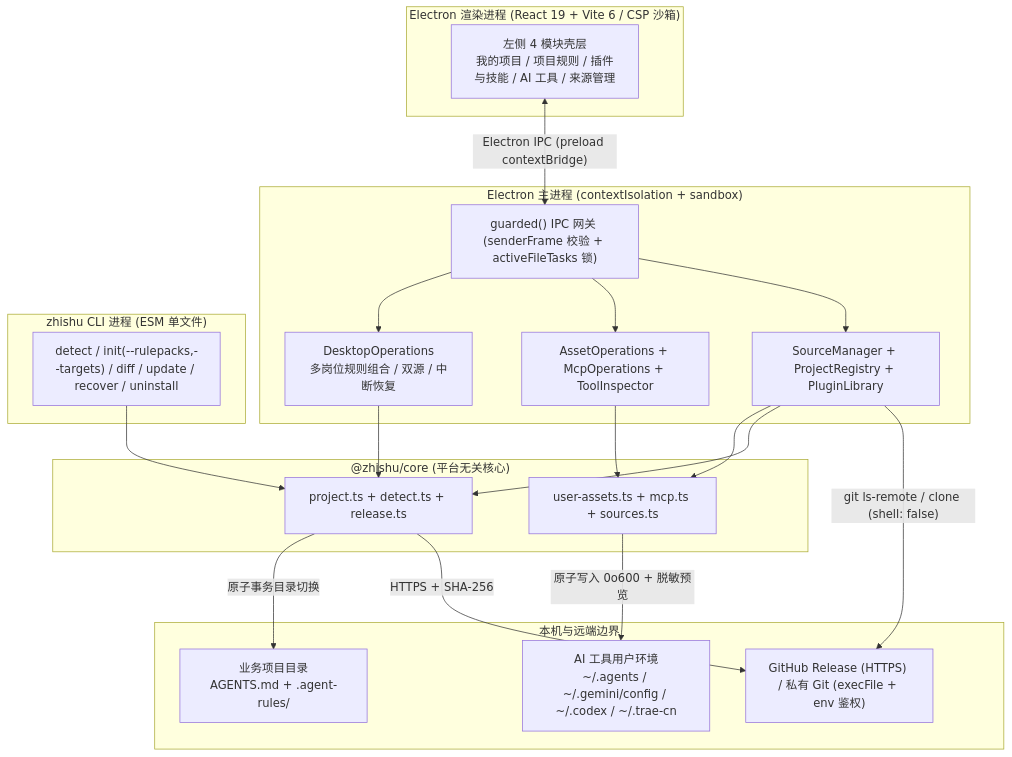
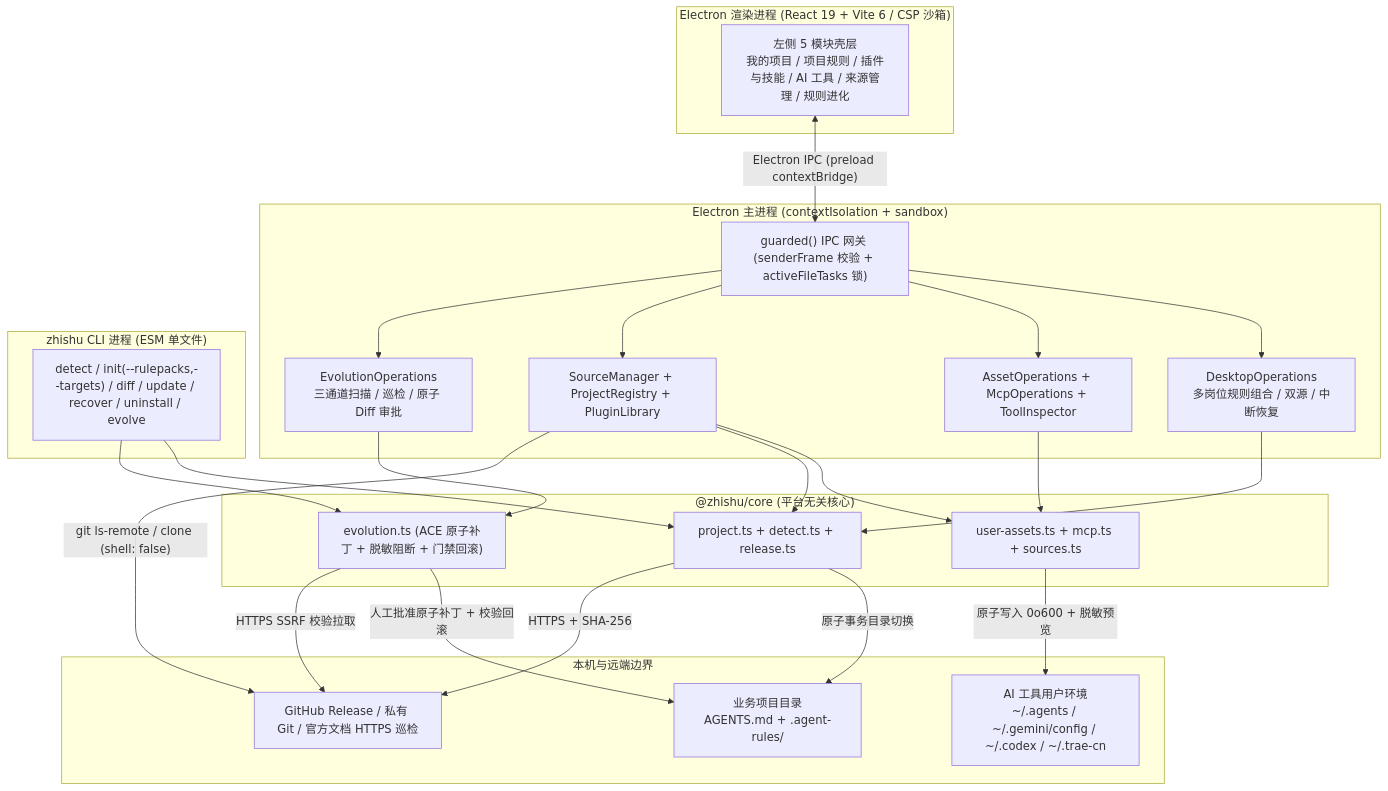
The first of 2 diagrams in 项目文档/技术文档/01-技术总览.md (yadan177/ZhiShu), drawn with Mermaid before and after one commit. The commit also changed other lines of this file and 153 other files, not shown here.

````diff
--- a/项目文档/技术文档/01-技术总览.md
+++ b/项目文档/技术文档/01-技术总览.md
@@ -52,42 +54,49 @@
 ```mermaid
 flowchart TB
     subgraph Renderer["Electron 渲染进程 (React 19 + Vite 6 / CSP 沙箱)"]
-        UI["左侧 4 模块壳层\n我的项目 / 项目规则 / 插件与技能 / AI 工具 / 来源管理"]
+        UI["左侧 5 模块壳层\n我的项目 / 项目规则 / 插件与技能 / AI 工具 / 来源管理 / 规则进化"]
     end
 
     subgraph Main["Electron 主进程 (contextIsolation + sandbox)"]
         IPC["guarded() IPC 网关 (senderFrame 校验 + activeFileTasks 锁)"]
         Ops["DesktopOperations\n多岗位规则组合 / 双源 / 中断恢复"]
         AssetOps["AssetOperations + McpOperations + ToolInspector"]
         SrcMgr["SourceManager + ProjectRegistry + PluginLibrary"]
+        EvoOps["EvolutionOperations\n三通道扫描 / 巡检 / 原子 Diff 审批"]
         IPC --> Ops
         IPC --> AssetOps
         IPC --> SrcMgr
+        IPC --> EvoOps
     end
 
     subgraph CLIProc["zhishu CLI 进程 (ESM 单文件)"]
-        CLI["detect / init(--rulepacks,--targets) / diff / update / recover / uninstall"]
+        CLI["detect / init(--rulepacks,--targets) / diff / update / recover / uninstall / evolve"]
     end
 
     subgraph Core["@zhishu/core (平台无关核心)"]
         CoreRule["project.ts + detect.ts + release.ts"]
         CoreUser["user-assets.ts + mcp.ts + sources.ts"]
+        CoreEvo["evolution.ts (ACE 原子补丁 + 脱敏阻断 + 门禁回滚)"]
     end
 
     subgraph LocalFS["本机与远端边界"]
         ProjDir["业务项目目录\nAGENTS.md + .agent-rules/"]
         ToolEnv["AI 工具用户环境\n~/.agents / ~/.gemini/config / ~/.codex / ~/.trae-cn"]
-        GitRemote["GitHub Release (HTTPS) / 私有 Git (execFile + env 鉴权)"]
+        GitRemote["GitHub Release / 私有 Git / 官方文档 HTTPS 巡检"]
     end
 
     UI <-->|"Electron IPC (preload contextBridge)"| IPC
     Ops --> CoreRule
     AssetOps --> CoreUser
     SrcMgr --> CoreUser
     SrcMgr --> CoreRule
+    EvoOps --> CoreEvo
     CLI --> CoreRule
+    CLI --> CoreEvo
     CoreRule -->|"原子事务目录切换"| ProjDir
     CoreUser -->|"原子写入 0o600 + 脱敏预览"| ToolEnv
+    CoreEvo -->|"人工批准原子补丁 + 校验回滚"| ProjDir
     CoreRule -->|"HTTPS + SHA-256"| GitRemote
+    CoreEvo -->|"HTTPS SSRF 校验拉取"| GitRemote
     SrcMgr -->|"git ls-remote / clone (shell: false)"| GitRemote
 ```
````
